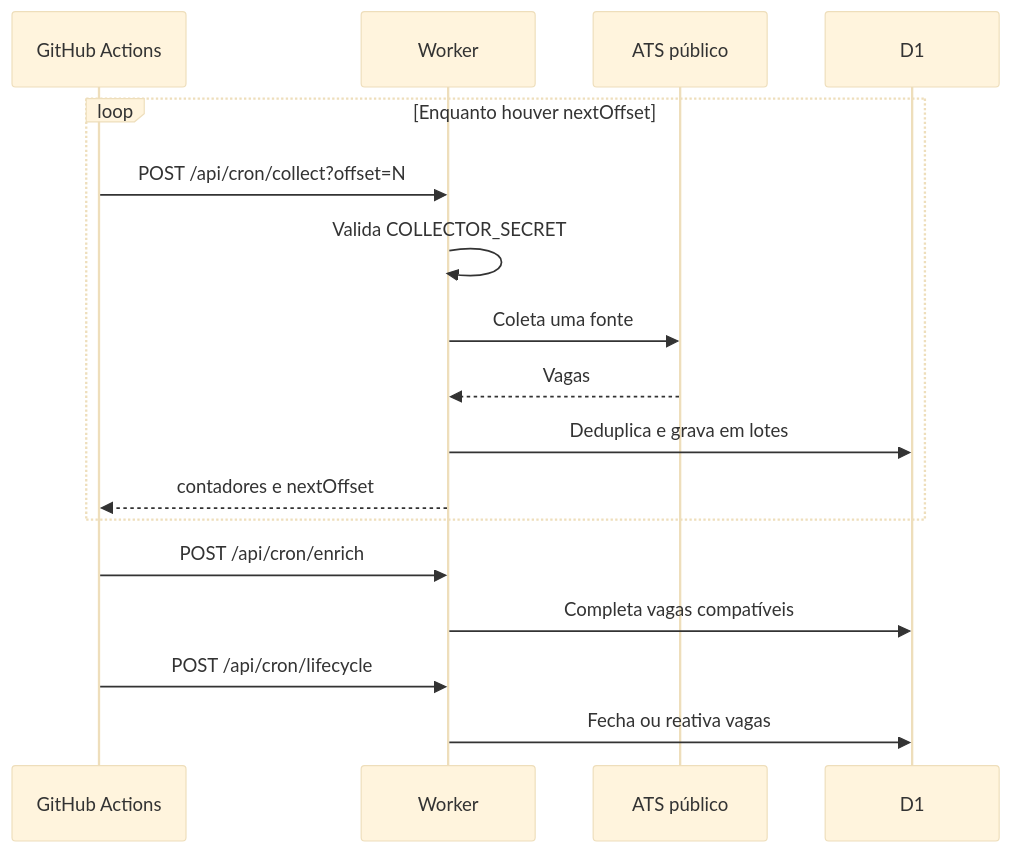
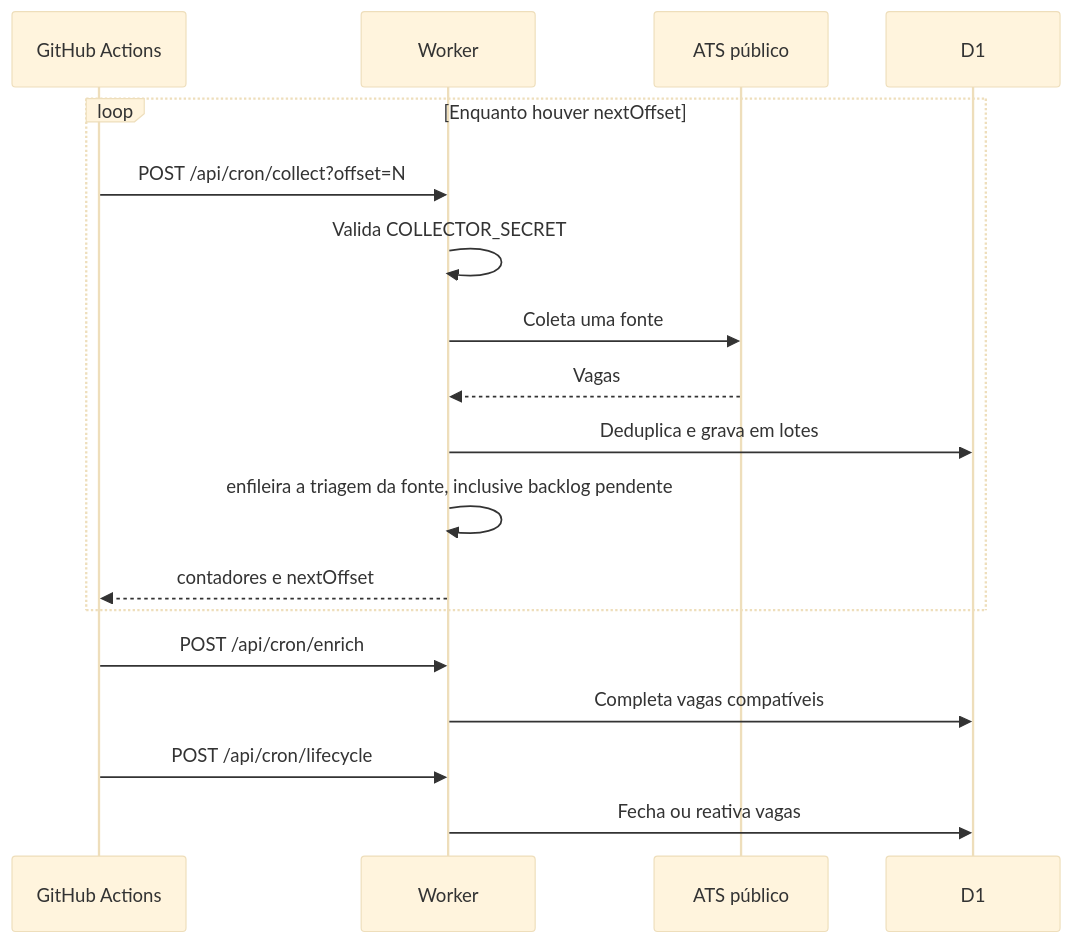
One commit to al-ramos/radar-carreira-platform changed the fourth of 4 diagrams in docs/visao-completa-do-projeto.md. Above: the diagram before and after it, drawn with Mermaid (base theme). The commit also changed other lines of this file and 5 other files, not shown here.

````diff
--- a/docs/visao-completa-do-projeto.md
+++ b/docs/visao-completa-do-projeto.md
@@ -691,20 +691,21 @@
 ```mermaid
 sequenceDiagram
     participant G as GitHub Actions
     participant W as Worker
     participant ATS as ATS público
     participant D as D1
 
     loop Enquanto houver nextOffset
         G->>W: POST /api/cron/collect?offset=N
         W->>W: Valida COLLECTOR_SECRET
         W->>ATS: Coleta uma fonte
         ATS-->>W: Vagas
         W->>D: Deduplica e grava em lotes
+        W->>W: enfileira a triagem da fonte, inclusive backlog pendente
         W-->>G: contadores e nextOffset
     end
     G->>W: POST /api/cron/enrich
     W->>D: Completa vagas compatíveis
     G->>W: POST /api/cron/lifecycle
     W->>D: Fecha ou reativa vagas
 ```
````
